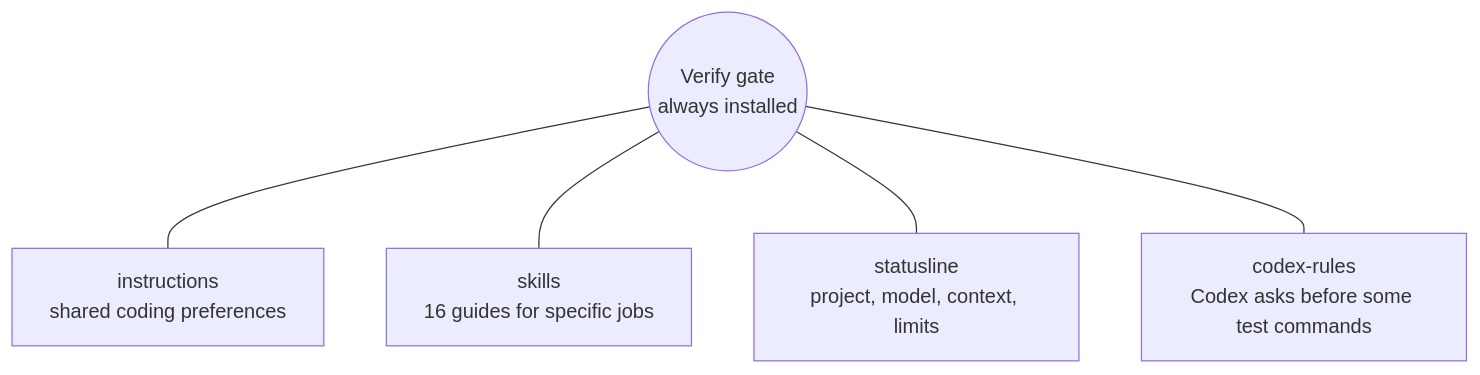
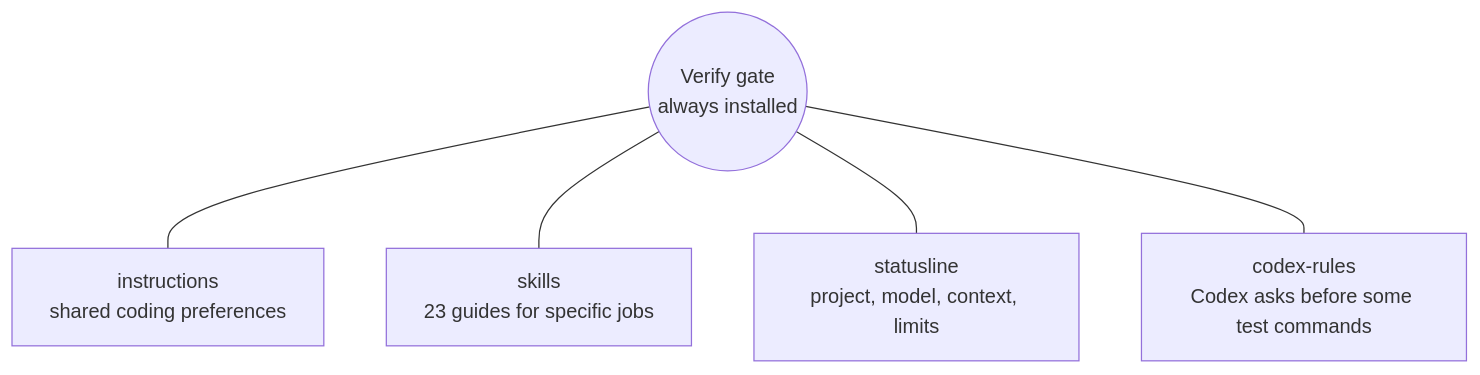
The sixth of 7 diagrams in docs/overview.md (chrysogonus/power-agents), drawn with Mermaid before and after one commit. The commit also changed other lines of this file and 79 other files, not shown here.

Commit message:
feat(skills): add agent-browser, taste, and Matt Pocock architecture skills

````diff
--- a/docs/overview.md
+++ b/docs/overview.md
@@ -207,8 +207,8 @@
 ```mermaid
 flowchart TD
     G(("Verify gate<br/>always installed"))
     G --- I["instructions<br/>shared coding preferences"]
-    G --- S["skills<br/>16 guides for specific jobs"]
+    G --- S["skills<br/>23 guides for specific jobs"]
     G --- T["statusline<br/>project, model, context, limits"]
     G --- R["codex-rules<br/>Codex asks before some test commands"]
 ```
````
